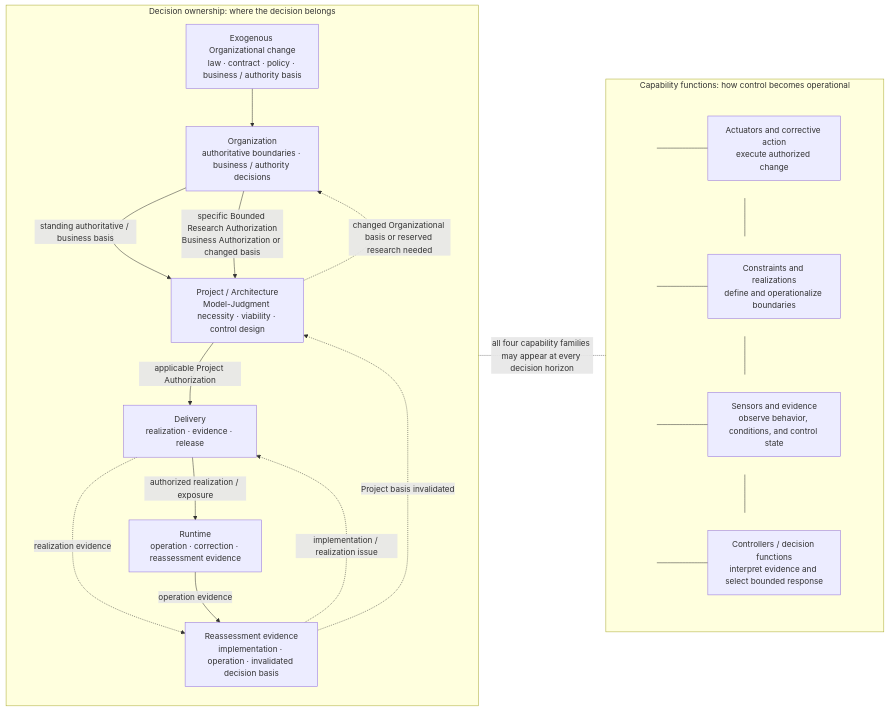
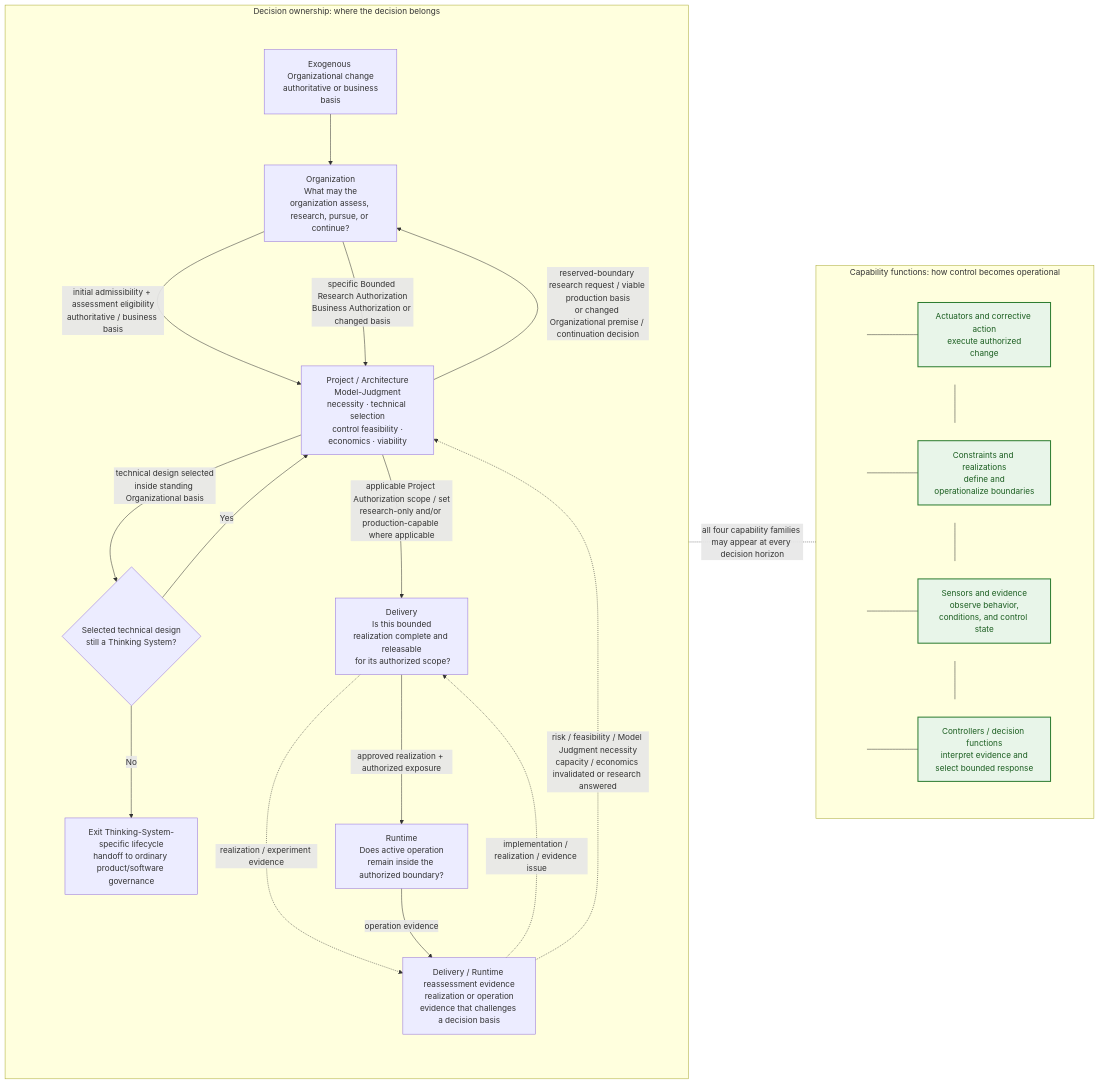
The eighth of 8 diagrams in content/research/notes/thinking-systems-publication-draft.md (UncertaintyArchitectureGroup/uncertainty-architecture), drawn with Mermaid before and after one commit. The commit also changed other lines of this file and 2 other files, not shown here.

Commit message:
Align publication Figure 8 with manuscript model

````diff
--- a/content/research/notes/thinking-systems-publication-draft.md
+++ b/content/research/notes/thinking-systems-publication-draft.md
@@ -363,54 +363,66 @@
 ```mermaid
 flowchart LR
     subgraph L["Decision ownership: where the decision belongs"]
         direction TB
-        O["Organization<br/>authoritative boundaries · business / authority decisions"]
-        P["Project / Architecture<br/>Model-Judgment necessity · viability · control design"]
-        D["Delivery<br/>realization · evidence · release"]
-        R["Runtime<br/>operation · correction · reassessment evidence"]
-        E["Reassessment evidence<br/>implementation · operation · invalidated decision basis"]
-        X["Exogenous Organizational change<br/>law · contract · policy · business / authority basis"]
+        subgraph SPINE9[" "]
+  direction TB
+  O["Organization<br/> What may the organization assess, research, pursue, or continue?"]
+  P["Project / Architecture<br/> Model-Judgment necessity · technical selection<br/> control feasibility · economics · viability"]
+  CAT{"Selected technical design<br/> still a Thinking System?"}
+  EXIT["Exit Thinking-System-specific lifecycle<br/>handoff to ordinary product/software governance"]
+  D["Delivery<br/> Is this bounded realization complete and releasable<br/> for its authorized scope?"]
+  R["Runtime<br/> Does active operation remain inside the authorized boundary?"]
+  E["Delivery / Runtime reassessment evidence<br/> realization or operation evidence that challenges a decision basis"]
+  X["Exogenous Organizational change<br/> authoritative or business basis"]
 
-        O -->|standing authoritative / business basis| P
-        O -->|specific Bounded Research Authorization<br/>Business Authorization or changed basis| P
-        P -->|applicable Project Authorization| D
-        D -->|authorized realization / exposure| R
-        P -. changed Organizational basis or reserved research needed .-> O
-        D -. realization evidence .-> E
-        R -->|operation evidence| E
-        E -. implementation / realization issue .-> D
-        E -. Project basis invalidated .-> P
-        X --> O
+  O -->|initial admissibility + assessment eligibility<br/>authoritative / business basis| P
+  P -->|technical design selected<br/>inside standing Organizational basis| CAT
+  CAT -->|No| EXIT
+  CAT -->|Yes| P
+  P -->|reserved-boundary research request / viable production basis<br/>or changed Organizational premise / continuation decision| O
+  O -->|specific Bounded Research Authorization<br/>Business Authorization or changed basis| P
+  P -->|applicable Project Authorization scope / set<br/>research-only and/or production-capable where applicable| D
+  D -->|approved realization + authorized exposure| R
+  D -.->|realization / experiment evidence| E
+  R -->|operation evidence| E
+  X --> O
+        end
+
+        E -.->|implementation / realization / evidence issue| D
+        E -.->|risk / feasibility / Model Judgment necessity<br/>capacity / economics invalidated or research answered| P
+        style SPINE9 fill:none,stroke:none
     end
 
     subgraph F["Capability functions: how control becomes operational"]
         direction TB
         subgraph F1[" "]
-            direction LR
-            J1(( )) --- A["Actuators and corrective action<br/>execute authorized change"]
+  direction LR
+  J1(( )) --- A["Actuators and corrective action<br/> execute authorized change"]
         end
         subgraph F2[" "]
-            direction LR
-            J2(( )) --- K["Constraints and realizations<br/>define and operationalize boundaries"]
+  direction LR
+  J2(( )) --- K["Constraints and realizations<br/> define and operationalize boundaries"]
         end
         subgraph F3[" "]
-            direction LR
-            J3(( )) --- S["Sensors and evidence<br/>observe behavior, conditions, and control state"]
+  direction LR
+  J3(( )) --- S["Sensors and evidence<br/> observe behavior, conditions, and control state"]
         end
         subgraph F4[" "]
-            direction LR
-            J4(( )) --- C["Controllers / decision functions<br/>interpret evidence and select bounded response"]
+  direction LR
+  J4(( )) --- C["Controllers / decision functions<br/> interpret evidence and select bounded response"]
         end
         J1 --- J2
         J2 --- J3
         J3 --- J4
         style F1 fill:none,stroke:none
         style F2 fill:none,stroke:none
         style F3 fill:none,stroke:none
         style F4 fill:none,stroke:none
     end
 
     L -. "all four capability families may appear at every decision horizon" .- F
+    classDef capability fill:#e8f5e9,stroke:#2e7d32,stroke-width:2px,color:#1b5e20;
     classDef railpoint fill:transparent,stroke:transparent,color:transparent;
+    class A,K,S,C capability;
     class J1,J2,J3,J4 railpoint;
 ```
````
